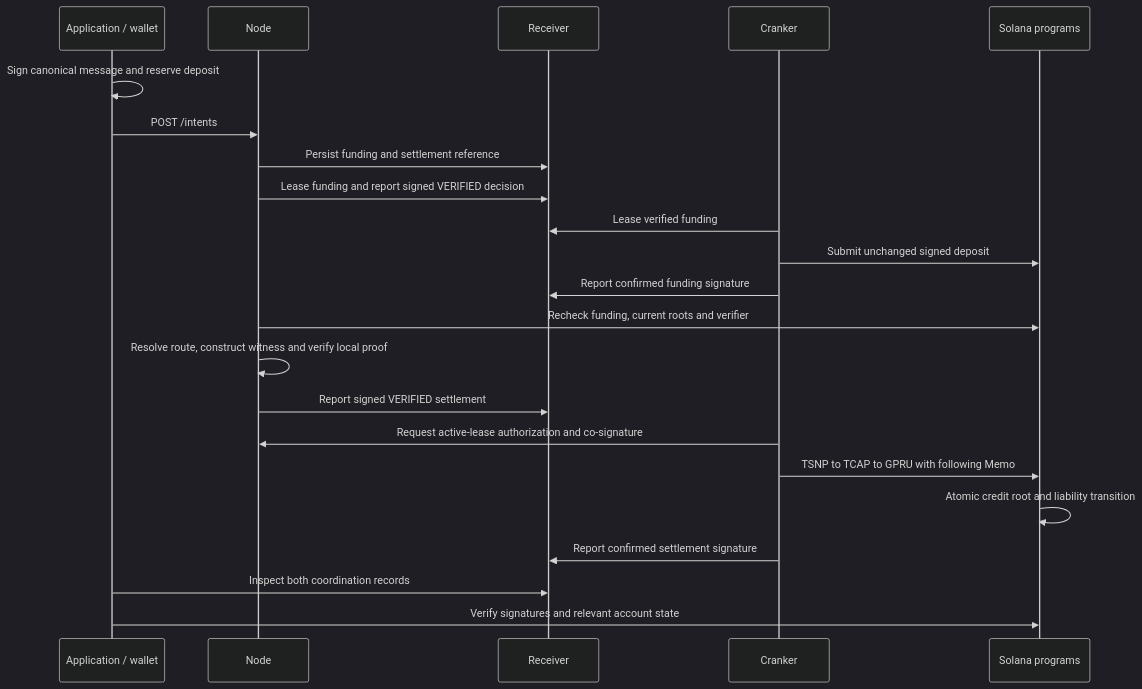
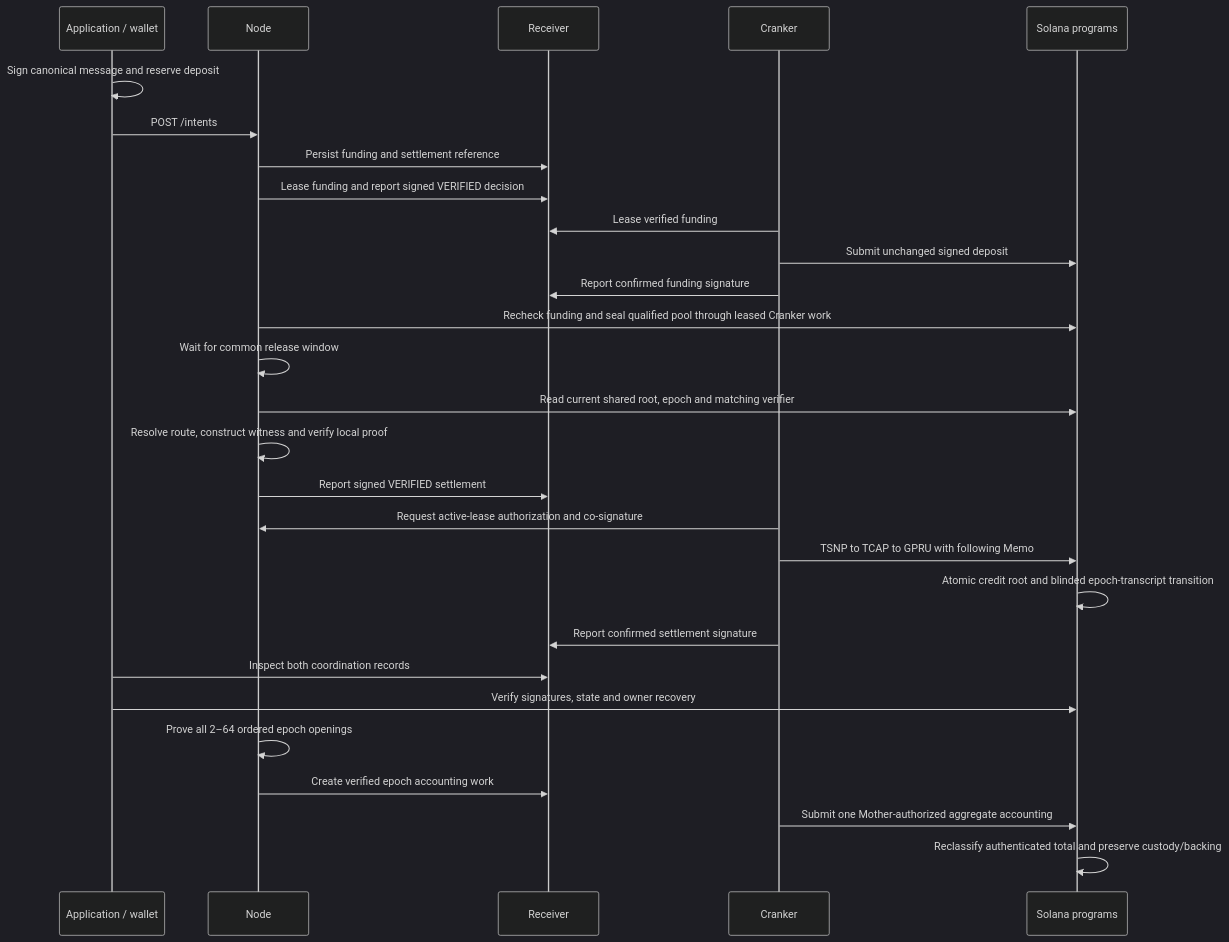
Before and after one commit to Trustlink-Labs/TSN-Protocol: the second of 2 diagrams in tsn-docs/developers/payment-intent-lifecycle.mdx, drawn with Mermaid (dark theme). The commit also changed other lines of this file and 155 other files, not shown here.

````diff
--- a/tsn-docs/developers/payment-intent-lifecycle.mdx
+++ b/tsn-docs/developers/payment-intent-lifecycle.mdx
@@ -39,24 +39,30 @@
 ```mermaid
 sequenceDiagram
   participant A as Application / wallet
   participant N as Node
   participant R as Receiver
   participant K as Cranker
   participant S as Solana programs
   A->>A: Sign canonical message and reserve deposit
   A->>N: POST /intents
   N->>R: Persist funding and settlement reference
   N->>R: Lease funding and report signed VERIFIED decision
   K->>R: Lease verified funding
   K->>S: Submit unchanged signed deposit
   K->>R: Report confirmed funding signature
-  N->>S: Recheck funding, current roots and verifier
+  N->>S: Recheck funding and seal qualified pool through leased Cranker work
+  N->>N: Wait for common release window
+  N->>S: Read current shared root, epoch and matching verifier
   N->>N: Resolve route, construct witness and verify local proof
   N->>R: Report signed VERIFIED settlement
   K->>N: Request active-lease authorization and co-signature
   K->>S: TSNP to TCAP to GPRU with following Memo
-  S->>S: Atomic credit root and liability transition
+  S->>S: Atomic credit root and blinded epoch-transcript transition
   K->>R: Report confirmed settlement signature
   A->>R: Inspect both coordination records
-  A->>S: Verify signatures and relevant account state
+  A->>S: Verify signatures, state and owner recovery
+  N->>N: Prove all 2–64 ordered epoch openings
+  N->>R: Create verified epoch accounting work
+  K->>S: Submit one Mother-authorized aggregate accounting
+  S->>S: Reclassify authenticated total and preserve custody/backing
 ```
````
